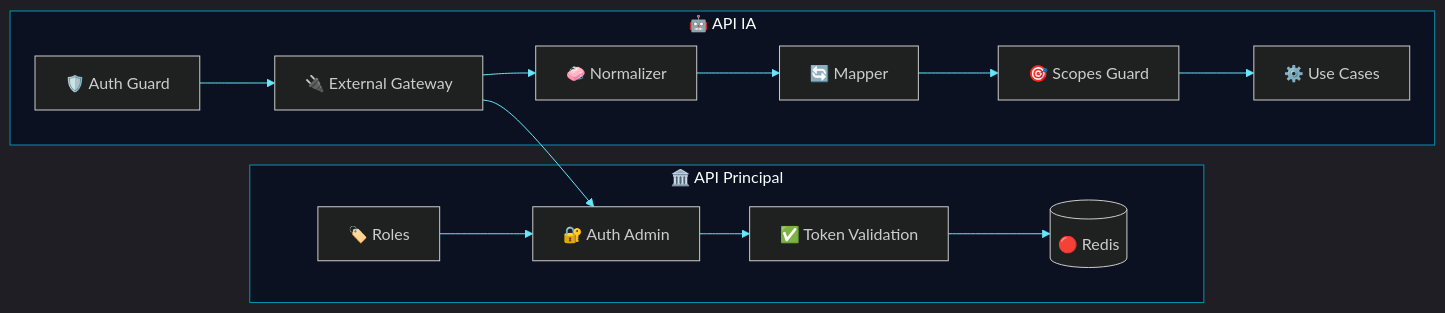
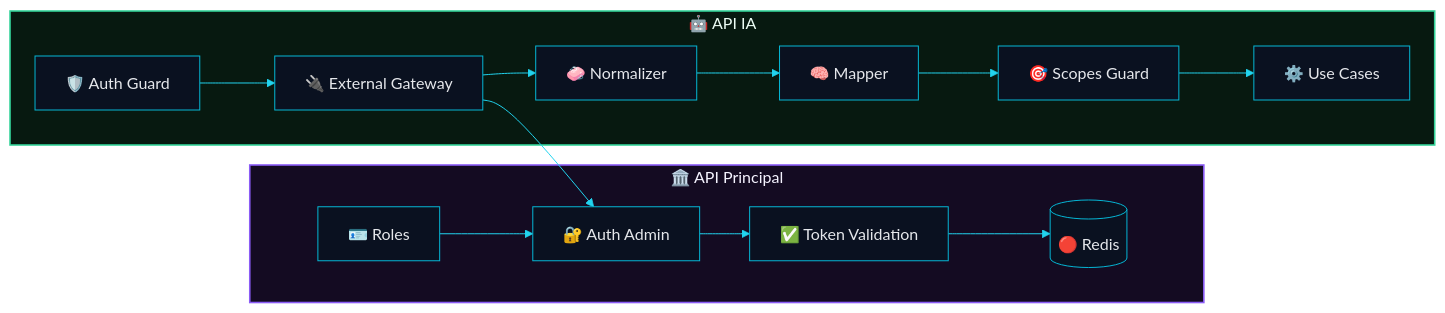
The seventh of 10 diagrams in RFC-0001-Auth.md (matheusdiamantino-betalent/IA), drawn with Mermaid before and after one commit. The commit also changed other lines of this file, not shown here.

````diff
--- a/RFC-0001-Auth.md
+++ b/RFC-0001-Auth.md
@@ -573,42 +574,44 @@
 ```mermaid
-%%{init: {'theme':'dark','themeVariables': {
+%%{init: {'theme':'base','themeVariables': {
   'background':'#020617',
-  'primaryColor':'#0f172a',
-  'primaryTextColor':'#e2e8f0',
+  'primaryColor':'#0a1120',
+  'primaryTextColor':'#e5e7eb',
   'primaryBorderColor':'#06b6d4',
-  'lineColor':'#67e8f9',
-  'secondaryColor':'#111827',
-  'tertiaryColor':'#1e293b',
-  'clusterBkg':'#0b1120',
-  'clusterBorder':'#0891b2',
-  'fontFamily':'Inter, Segoe UI, Arial',
-  'fontSize':'16px'
+  'lineColor':'#22d3ee',
+  'secondaryColor':'#0b1220',
+  'tertiaryColor':'#111827',
+  'clusterBkg':'#040816',
+  'clusterBorder':'#38bdf8',
+  'fontFamily':'Inter, Segoe UI, Arial'
 }}}%%
 flowchart LR
     subgraph MAIN["🏛️ API Principal"]
         A1["🔐 Auth Admin"]
-        A2["🏷️ Roles"]
+        A2["🪪 Roles"]
         A3["✅ Token Validation"]
         A4[("🔴 Redis")]
     end
 
     subgraph AI["🤖 API IA"]
         B1["🛡️ Auth Guard"]
         B2["🔌 External Gateway"]
         B3["🧼 Normalizer"]
-        B4["🔄 Mapper"]
+        B4["🧠 Mapper"]
         B5["🎯 Scopes Guard"]
         B6["⚙️ Use Cases"]
     end
 
     A1 --> A3
     A3 --> A4
     A2 --> A1
 
     B1 --> B2
     B2 --> A1
     B2 --> B3
     B3 --> B4
     B4 --> B5
     B5 --> B6
+
+    style MAIN fill:#140b22,stroke:#8b5cf6,stroke-width:1.6px,color:#f5f3ff
+    style AI fill:#071910,stroke:#34d399,stroke-width:1.6px,color:#ecfdf5
 ```
````
